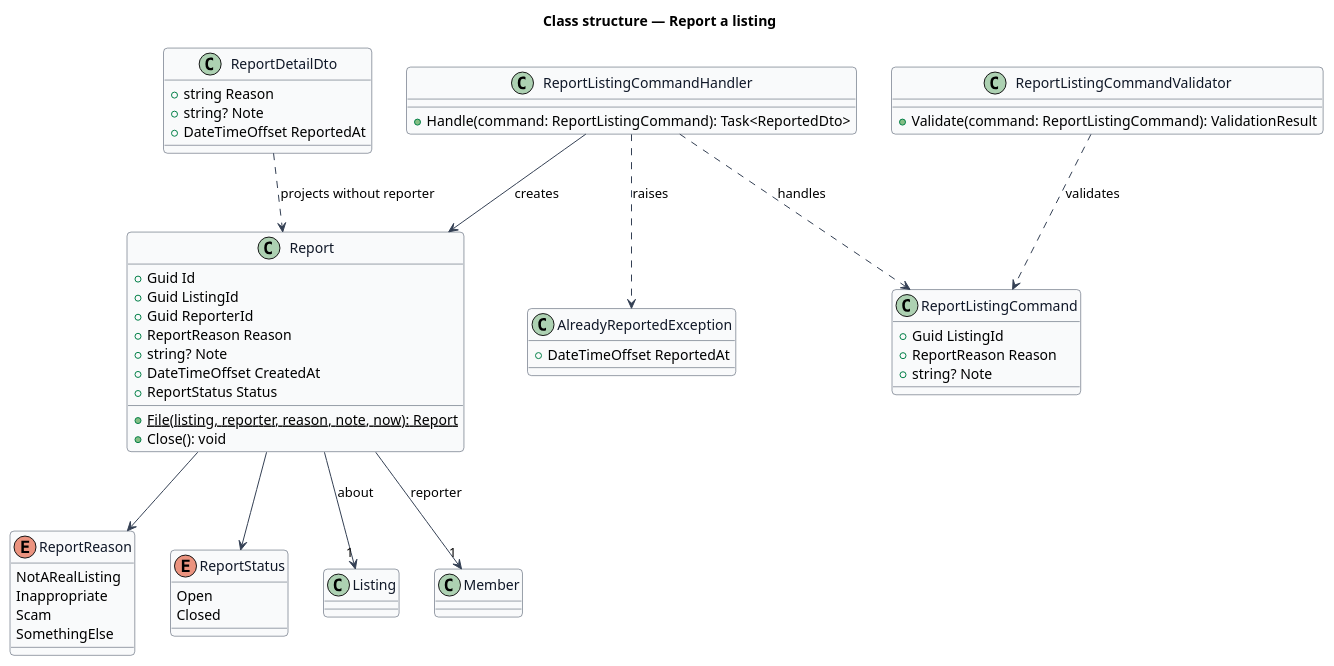
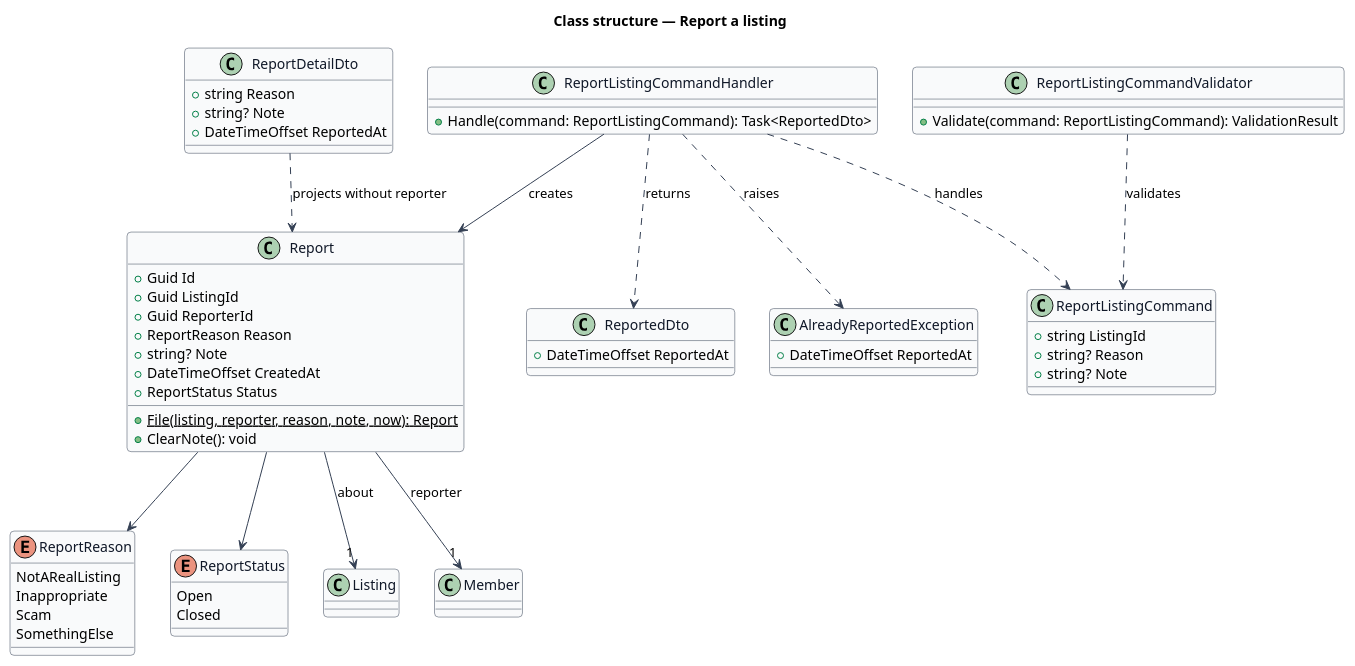
The diagram in docs/detailed-designs/reports/report-listing/diagrams/class-structure.puml (QuinntyneBrown/christian-rent), drawn with PlantUML before and after one commit. The commit also changed 14 other files, not shown here.

```diff
--- a/docs/detailed-designs/reports/report-listing/diagrams/class-structure.puml
+++ b/docs/detailed-designs/reports/report-listing/diagrams/class-structure.puml
@@ -1,65 +1,69 @@
 @startuml
 ' --- shared skin header ---
 skinparam backgroundColor #FFFFFF
 skinparam shadowing false
 skinparam roundcorner 8
 skinparam defaultFontName Arial
 skinparam ArrowColor #344054
 skinparam class {
   BorderColor #344054
   FontColor #101828
   BackgroundColor #F9FAFB
 }
 ' --------------------------
 title Class structure — Report a listing
 
 enum ReportReason {
   NotARealListing
   Inappropriate
   Scam
   SomethingElse
 }
 enum ReportStatus {
   Open
   Closed
 }
 class Report {
   +Guid Id
   +Guid ListingId
   +Guid ReporterId
   +ReportReason Reason
   +string? Note
   +DateTimeOffset CreatedAt
   +ReportStatus Status
   +{static} File(listing, reporter, reason, note, now): Report
-  +Close(): void
+  +ClearNote(): void
 }
 class ReportListingCommand {
-  +Guid ListingId
-  +ReportReason Reason
+  +string ListingId
+  +string? Reason
   +string? Note
 }
 class ReportListingCommandValidator {
   +Validate(command: ReportListingCommand): ValidationResult
 }
 class ReportListingCommandHandler {
   +Handle(command: ReportListingCommand): Task<ReportedDto>
 }
 class AlreadyReportedException {
+  +DateTimeOffset ReportedAt
+}
+class ReportedDto {
   +DateTimeOffset ReportedAt
 }
 class ReportDetailDto {
   +string Reason
   +string? Note
   +DateTimeOffset ReportedAt
 }
 Report --> ReportReason
 Report --> ReportStatus
 Report --> "1" Listing : about
 Report --> "1" Member : reporter
 ReportListingCommandHandler ..> ReportListingCommand : handles
 ReportListingCommandValidator ..> ReportListingCommand : validates
 ReportListingCommandHandler --> Report : creates
 ReportListingCommandHandler ..> AlreadyReportedException : raises
 ReportDetailDto ..> Report : projects without reporter
+ReportListingCommandHandler ..> ReportedDto : returns
 @enduml
```
